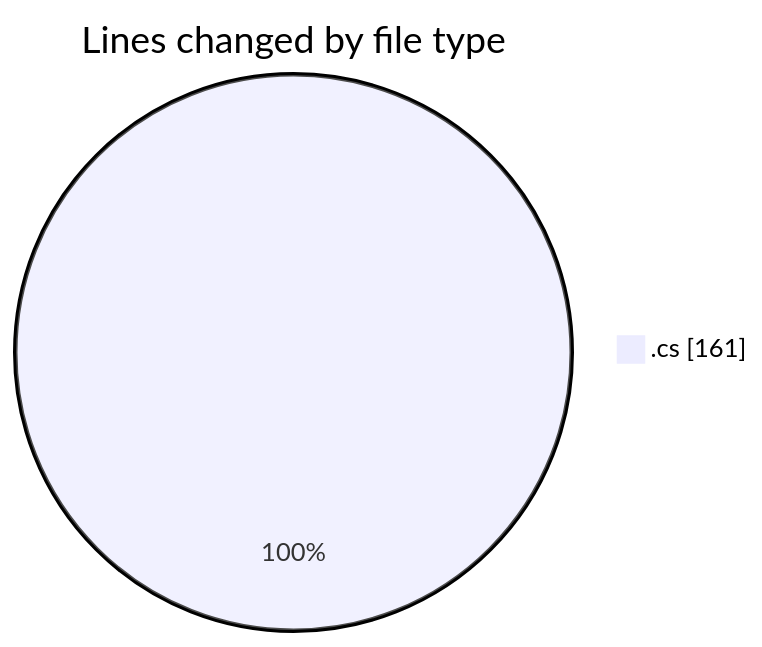
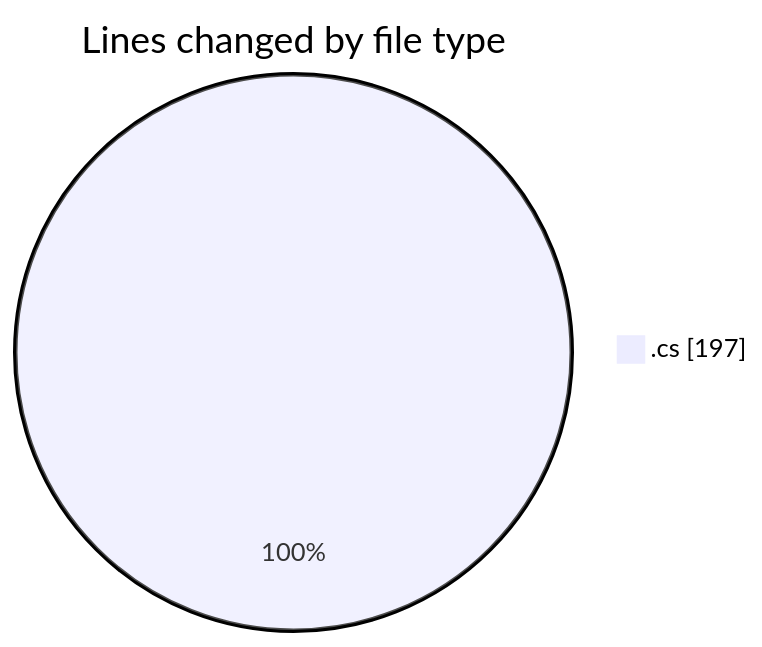
Before and after one commit to Unknowalive/code-tracking: the first of 2 diagrams in 2026-08-27/immersive_codes/README.md, drawn with Mermaid. The commit also changed other lines of this file and 1 other file, not shown here.

````diff
--- a/2026-08-27/immersive_codes/README.md
+++ b/2026-08-27/immersive_codes/README.md
@@ -22,5 +23,5 @@
 ```mermaid
 pie showData
 title Lines changed by file type
-".cs" : 161
+".cs" : 197
 ```
````
